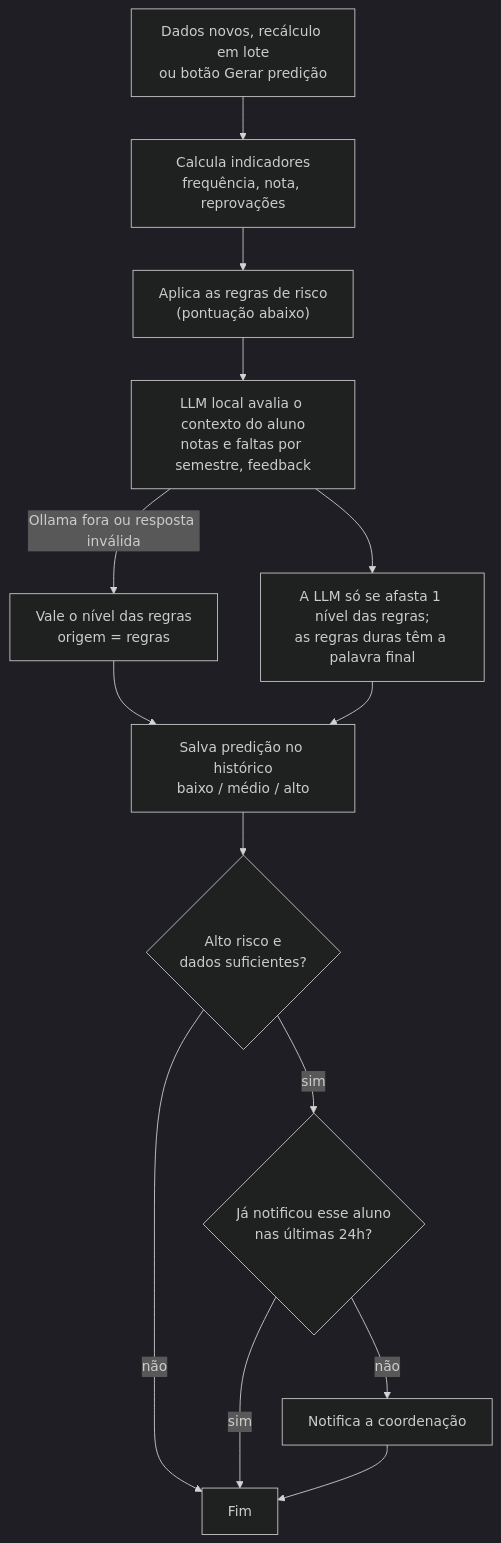
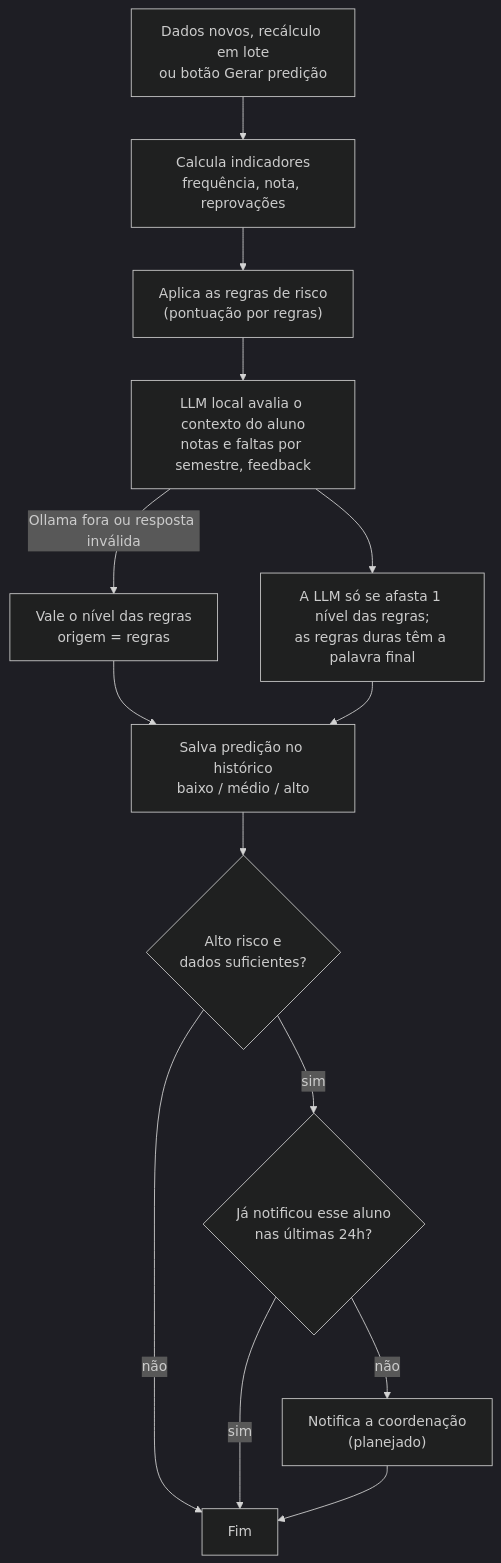
One commit to DiegoGDutra/Projeto-Espiada changed the third of 4 diagrams in readme.md. Above: the diagram before and after it, drawn with Mermaid (dark theme). The commit also changed other lines of this file and 3 other files, not shown here.

````diff
--- a/readme.md
+++ b/readme.md
@@ -265,15 +208,15 @@
 ```mermaid
 flowchart TD
     N["Dados novos, recálculo em lote<br/>ou botão Gerar predição"] --> I["Calcula indicadores<br/>frequência, nota, reprovações"]
-    I --> R["Aplica as regras de risco<br/>(pontuação abaixo)"]
+    I --> R["Aplica as regras de risco<br/>(pontuação por regras)"]
     R --> L["LLM local avalia o contexto do aluno<br/>notas e faltas por semestre, feedback"]
     L -->|Ollama fora ou resposta inválida| R2["Vale o nível das regras<br/>origem = regras"]
     L --> D1["A LLM só se afasta 1 nível das regras;<br/>as regras duras têm a palavra final"]
     R2 --> S
     D1 --> S["Salva predição no histórico<br/>baixo / médio / alto"]
     S --> Q{"Alto risco e<br/>dados suficientes?"}
     Q -->|não| F["Fim"]
     Q -->|sim| D{"Já notificou esse aluno<br/>nas últimas 24h?"}
     D -->|sim| F
-    D -->|não| W["Notifica a coordenação"] --> F
+    D -->|não| W["Notifica a coordenação<br/>(planejado)"] --> F
 ```
````
